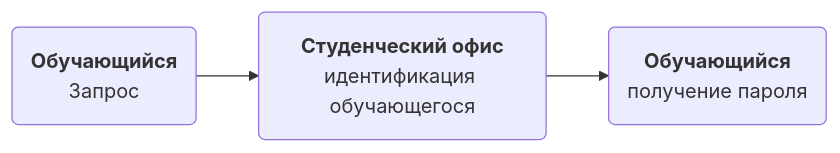
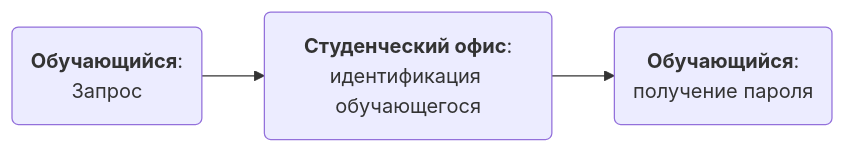
The third of 9 diagrams in docs/student.md (zoyter/eios-docs), drawn with Mermaid before and after one commit. The commit also changed other lines of this file and 12 other files, not shown here.

````diff
--- a/docs/student.md
+++ b/docs/student.md
@@ -56,14 +56,14 @@
 ```mermaid
 flowchart LR
-    dep_student("`**Обучающийся**
+    dep_student("`**Обучающийся**:
     Запрос`") 
 
-    dep_stof("`**Студенческий офис**
+    dep_stof("`**Студенческий офис**:
     идентификация обучающегося`")
     
-    dep_student2("`**Обучающийся**
+    dep_student2("`**Обучающийся**:
     получение пароля`")    
          
     dep_student-->dep_stof
     dep_stof-->dep_student2
 ```
````
